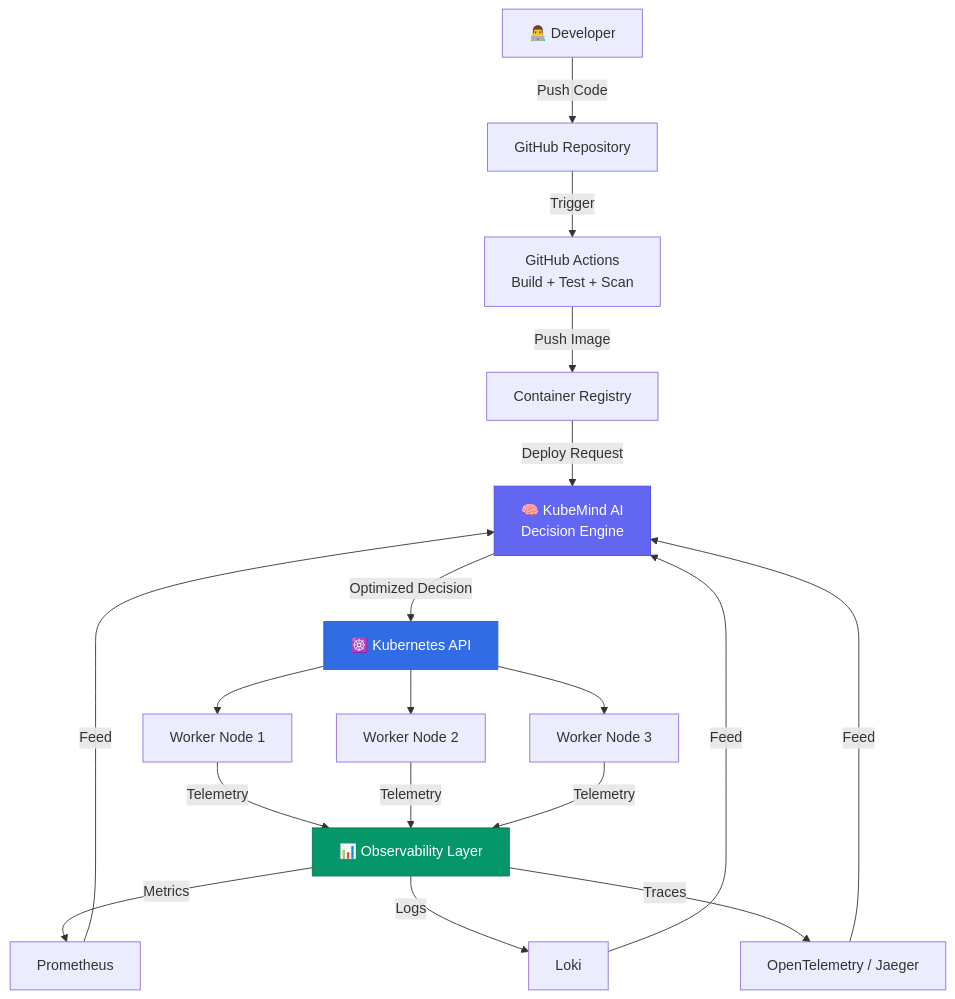
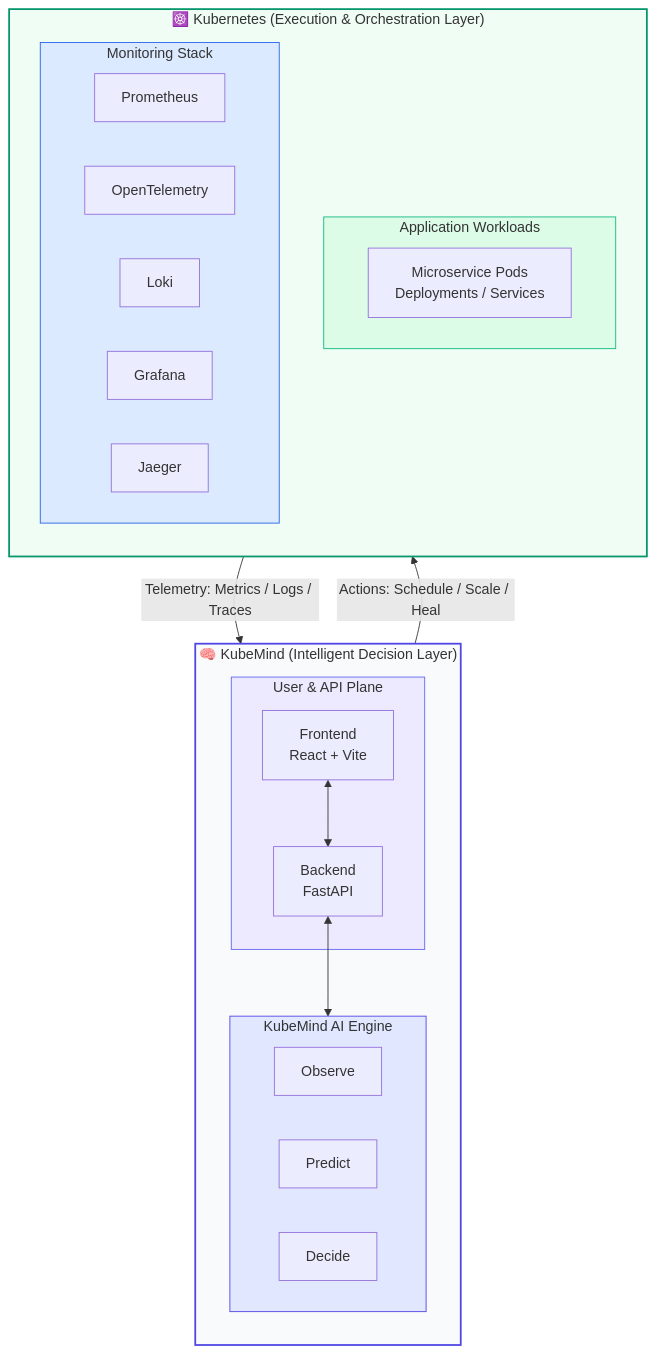
Before and after one commit to GemTAS/KubeMind: the first of 3 diagrams in docs/architecture/architecture-overview.md, drawn with Mermaid. The commit also changed other lines of this file and 3 other files, not shown here.

````diff
--- a/docs/architecture/architecture-overview.md
+++ b/docs/architecture/architecture-overview.md
@@ -7,28 +36,41 @@
 ```mermaid
 graph TB
-    DEV["👨‍💻 Developer"] -->|Push Code| GH["GitHub Repository"]
-    GH -->|Trigger| CICD["GitHub Actions<br/>Build + Test + Scan"]
-    CICD -->|Push Image| CR["Container Registry"]
-    CR -->|Deploy Request| KM["🧠 KubeMind AI<br/>Decision Engine"]
+    subgraph KM["🧠 KubeMind (Intelligent Decision Layer)"]
+        direction TB
+        subgraph KM_CORE["User & API Plane"]
+            FE["Frontend<br/>React + Vite"]
+            BE["Backend<br/>FastAPI"]
+        end
+        subgraph KM_AI["KubeMind AI Engine"]
+            OBS_M["Observe"]
+            PRED_M["Predict"]
+            DEC_M["Decide"]
+        end
+        FE <--> BE
+        BE <--> KM_AI
+    end
 
-    KM -->|Optimized Decision| K8S["☸️ Kubernetes API"]
-    K8S --> W1["Worker Node 1"]
-    K8S --> W2["Worker Node 2"]
-    K8S --> W3["Worker Node 3"]
+    subgraph K8S["☸️ Kubernetes (Execution & Orchestration Layer)"]
+        direction TB
+        subgraph APP["Application Workloads"]
+            PODS["Microservice Pods<br/>Deployments / Services"]
+        end
+        subgraph MON["Monitoring Stack"]
+            PROM["Prometheus"]
+            OTEL["OpenTelemetry"]
+            LOKI["Loki"]
+            GRAF["Grafana"]
+            JAEGER["Jaeger"]
+        end
+    end
 
-    W1 -->|Telemetry| OBS["📊 Observability Layer"]
-    W2 -->|Telemetry| OBS
-    W3 -->|Telemetry| OBS
+    KM_AI -->|Actions: Schedule / Scale / Heal| K8S
+    MON -->|Telemetry: Metrics / Logs / Traces| KM_AI
 
-    OBS -->|Metrics| PROM["Prometheus"]
-    OBS -->|Logs| LOKI["Loki"]
-    OBS -->|Traces| OT["OpenTelemetry / Jaeger"]
-
-    PROM -->|Feed| KM
-    LOKI -->|Feed| KM
-    OT -->|Feed| KM
-
-    style KM fill:#6366f1,stroke:#4f46e5,color:#fff
-    style K8S fill:#326ce5,stroke:#2563eb,color:#fff
-    style OBS fill:#059669,stroke:#047857,color:#fff
+    style KM fill:#f8fafc,stroke:#4f46e5,stroke-width:2px
+    style KM_CORE fill:#ede9fe,stroke:#6366f1
+    style KM_AI fill:#e0e7ff,stroke:#4f46e5
+    style K8S fill:#f0fdf4,stroke:#059669,stroke-width:2px
+    style APP fill:#dcfce7,stroke:#10b981
+    style MON fill:#dbeafe,stroke:#2563eb
 ```
````
